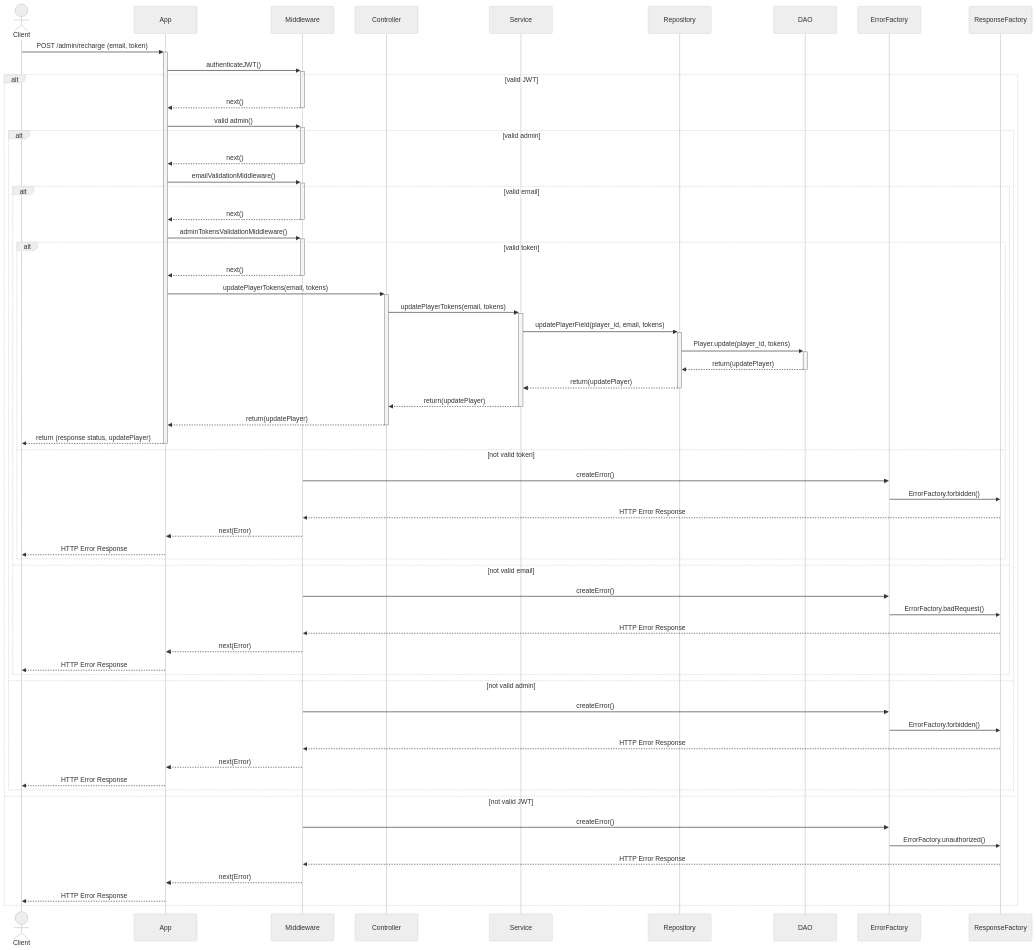
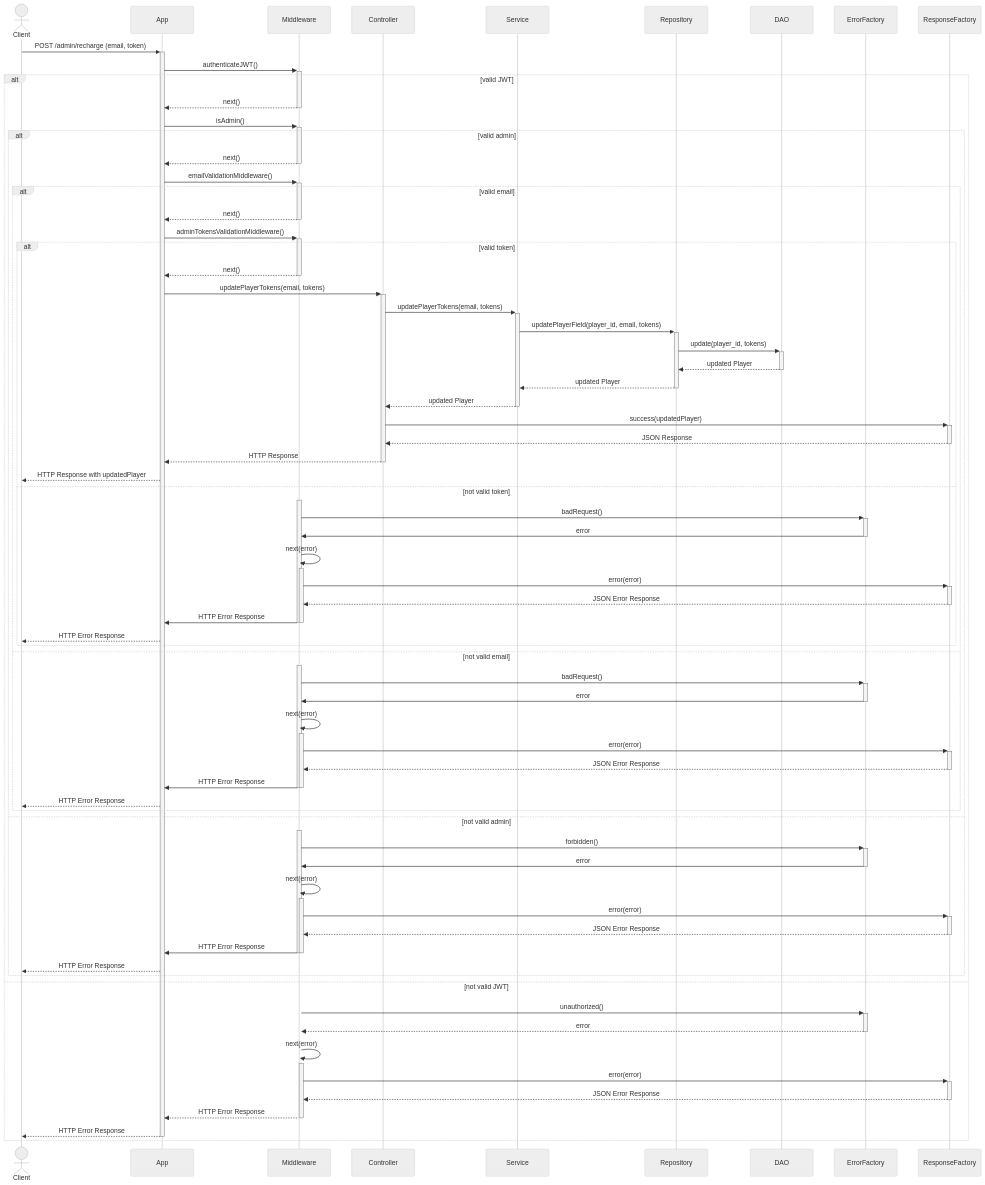
The second of 3 diagrams in README.md (nicolobartolinii/chess-backend), drawn with Mermaid (neutral theme) before and after one commit. The commit also changed other lines of this file and 4 other files, not shown here.

````diff
--- a/README.md
+++ b/README.md
@@ -68,63 +134,81 @@
 ```mermaid
 sequenceDiagram
     actor Client
     participant App
     participant Middleware
     participant Controller
     participant Service
     participant Repository
     participant DAO
     participant ErrorFactory
     participant ResponseFactory
 
     Client->>+App: POST /admin/recharge (email, token)
     App->>+Middleware: authenticateJWT()
     alt valid JWT
         Middleware-->>-App: next()
-        App->>+Middleware: valid admin()
+        App->>+Middleware: isAdmin()
         alt valid admin
             Middleware-->>-App: next()
             App->>+Middleware: emailValidationMiddleware()
             alt valid email
                 Middleware-->>-App: next()
                 App->>+Middleware: adminTokensValidationMiddleware()
                 alt valid token
                     Middleware-->>-App: next()
                     App->>+Controller: updatePlayerTokens(email, tokens)
                     Controller->>+Service: updatePlayerTokens(email, tokens)
                     Service->>+Repository: updatePlayerField(player_id, email, tokens)
-                    Repository->>+DAO: Player.update(player_id, tokens)
-                    DAO-->>-Repository: return(updatePlayer)
-                    Repository-->>-Service: return(updatePlayer)
-                    Service-->>-Controller: return(updatePlayer)
-                    Controller-->>-App: return(updatePlayer)
-                    App-->>-Client: return (response status, updatePlayer)
+                    Repository->>+DAO: update(player_id, tokens)
+                    DAO-->>-Repository: updated Player
+                    Repository-->>-Service: updated Player
+                    Service-->>-Controller: updated Player
+                    Controller->>+ResponseFactory: success(updatedPlayer)
+                    ResponseFactory-->>-Controller: JSON Response
+                    Controller-->>-App: HTTP Response
+                    App-->>Client: HTTP Response with updatedPlayer
                 else not valid token
-                    Middleware->>ErrorFactory: createError()
-                    ErrorFactory->>ResponseFactory: ErrorFactory.forbidden()
-                    ResponseFactory-->>Middleware: HTTP Error Response
-                    Middleware-->>App: next(Error)
+                    activate Middleware
+                    Middleware->>+ErrorFactory: badRequest()
+                    ErrorFactory->>-Middleware: error
+                    Middleware->>+Middleware: next(error)
+                    Middleware->>+ResponseFactory: error(error)
+                    ResponseFactory-->>-Middleware: JSON Error Response
+                    Middleware->>-App: HTTP Error Response
+                    deactivate Middleware
                     App-->>Client: HTTP Error Response
                 end
             else not valid email
-                Middleware->>ErrorFactory: createError()
-                ErrorFactory->>ResponseFactory: ErrorFactory.badRequest()
-                ResponseFactory-->>Middleware: HTTP Error Response
-                Middleware-->>App: next(Error)
+                activate Middleware
+                Middleware->>+ErrorFactory: badRequest()
+                ErrorFactory->>-Middleware: error
+                Middleware->>+Middleware: next(error)
+                Middleware->>+ResponseFactory: error(error)
+                ResponseFactory-->>-Middleware: JSON Error Response
+                Middleware->>-App: HTTP Error Response
+                deactivate Middleware
                 App-->>Client: HTTP Error Response
             end
         else not valid admin
-            Middleware->>ErrorFactory: createError()
-            ErrorFactory->>ResponseFactory: ErrorFactory.forbidden()
-            ResponseFactory-->>Middleware: HTTP Error Response
-            Middleware-->>App: next(Error)
+            activate Middleware
+            Middleware->>+ErrorFactory: forbidden()
+            ErrorFactory->>-Middleware: error
+            Middleware->>+Middleware: next(error)
+            Middleware->>+ResponseFactory: error(error)
+            ResponseFactory-->>-Middleware: JSON Error Response
+            Middleware->>-App: HTTP Error Response
+            deactivate Middleware
             App-->>Client: HTTP Error Response
         end
     else not valid JWT
-        Middleware->>ErrorFactory: createError()
-        ErrorFactory->>ResponseFactory: ErrorFactory.unauthorized()
-        ResponseFactory-->>Middleware: HTTP Error Response
-        Middleware-->>App: next(Error)
-        App-->>Client: HTTP Error Response
+        activate Middleware
+        Middleware->>+ErrorFactory: unauthorized()
+        ErrorFactory-->>-Middleware: error
+        Middleware->>+Middleware: next(error)
+        Middleware->>+ResponseFactory: error(error)
+        ResponseFactory-->>-Middleware: JSON Error Response
+        Middleware-->>App: HTTP Error Response
+        deactivate Middleware
+        App-->>-Client: HTTP Error Response
     end
 ```
````
